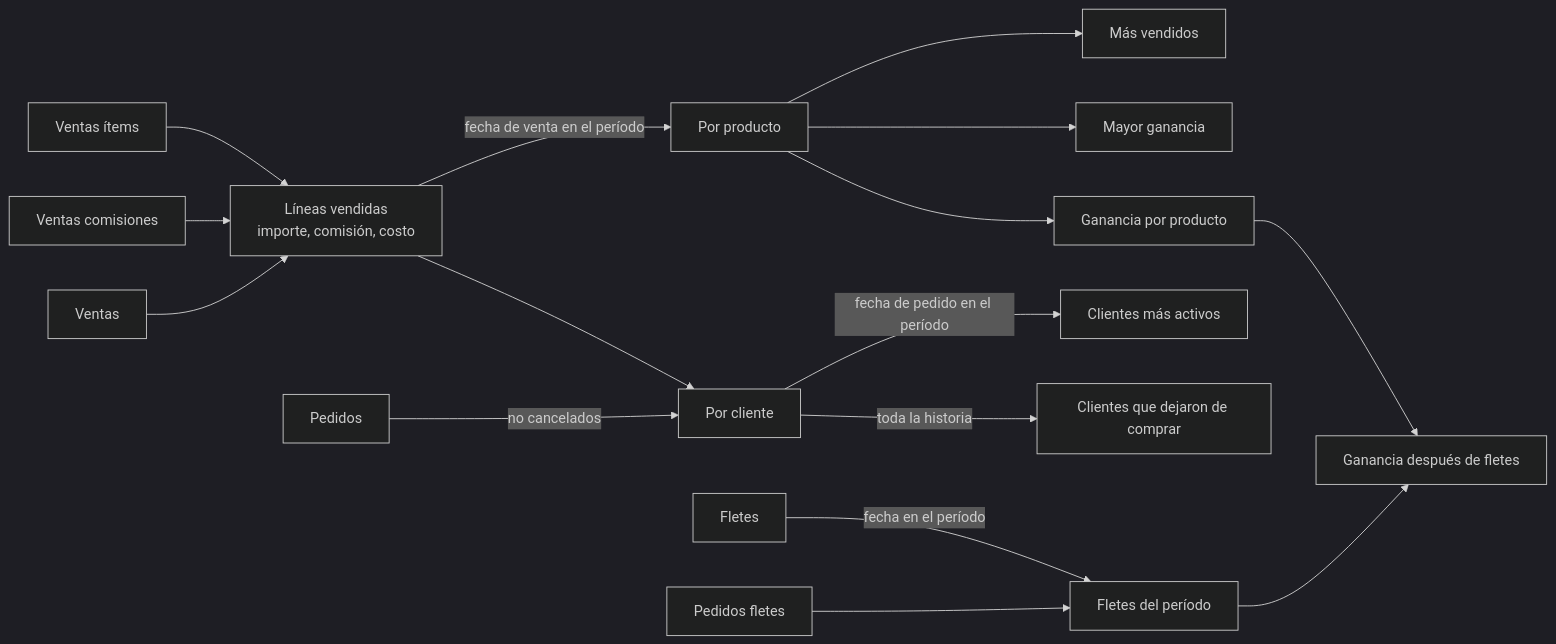
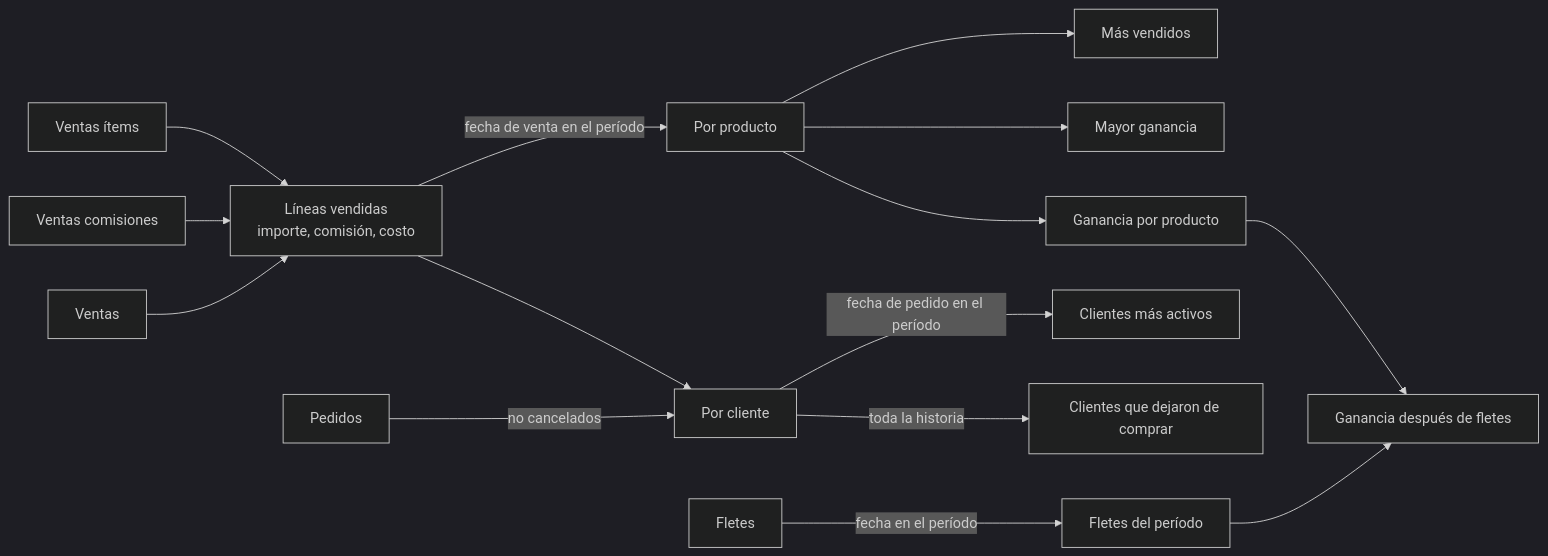
Before and after one commit to magalipujol/ERPeq: the first of 2 diagrams in spec/analisis.md, drawn with Mermaid (dark theme). The commit also changed other lines of this file and 33 other files, not shown here.

First line of the commit message:
Fletes sin pedidos, salida y llegada previstas y cobro de envío

````diff
--- a/spec/analisis.md
+++ b/spec/analisis.md
@@ -24,18 +24,17 @@
 ```mermaid
 flowchart LR
   VI[Ventas ítems] --> LV[Líneas vendidas<br/>importe, comisión, costo]
   VC[Ventas comisiones] --> LV
   V[Ventas] --> LV
   LV -->|fecha de venta en el período| P[Por producto]
   P --> MV[Más vendidos]
   P --> MG[Mayor ganancia]
   P --> GP[Ganancia por producto]
   PE[Pedidos] -->|no cancelados| C[Por cliente]
   LV --> C
   C -->|fecha de pedido en el período| CA[Clientes más activos]
   C -->|toda la historia| CI[Clientes que dejaron de comprar]
   F[Fletes] -->|fecha en el período| FL[Fletes del período]
-  PF[Pedidos fletes] --> FL
   FL --> R[Ganancia después de fletes]
   GP --> R
 ```
````
